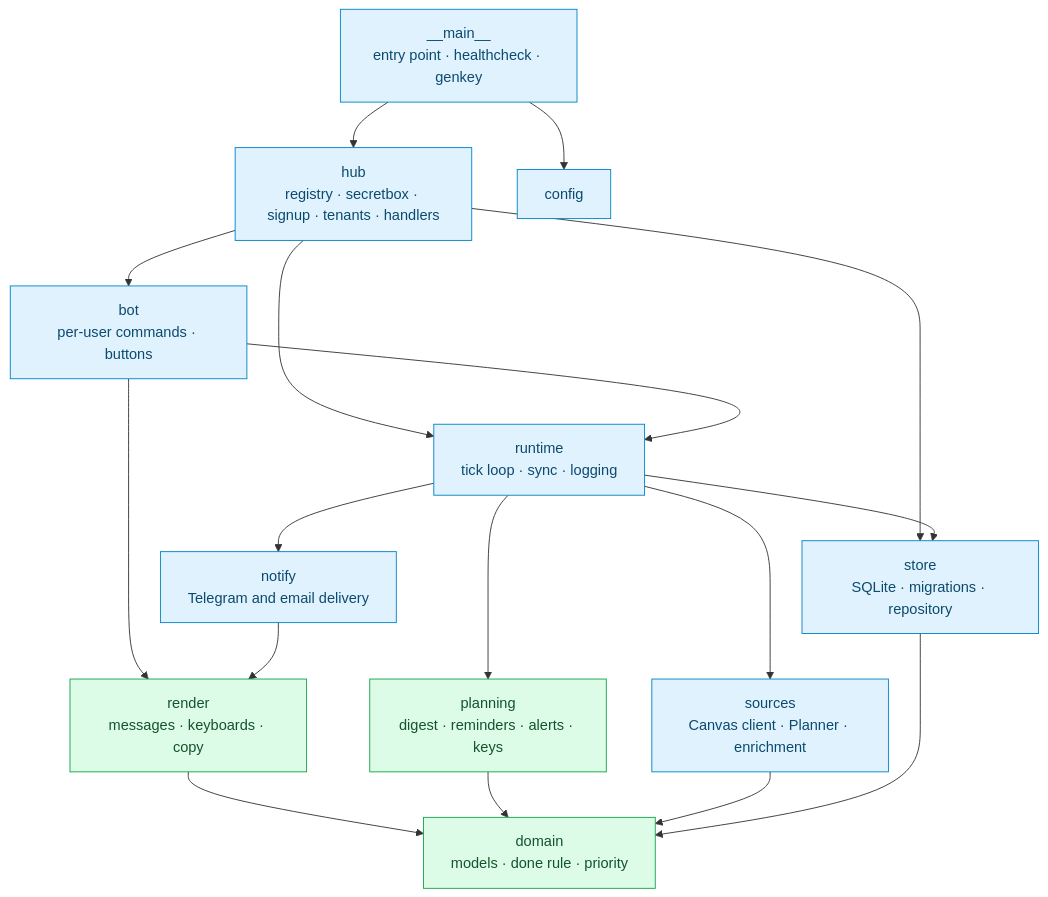
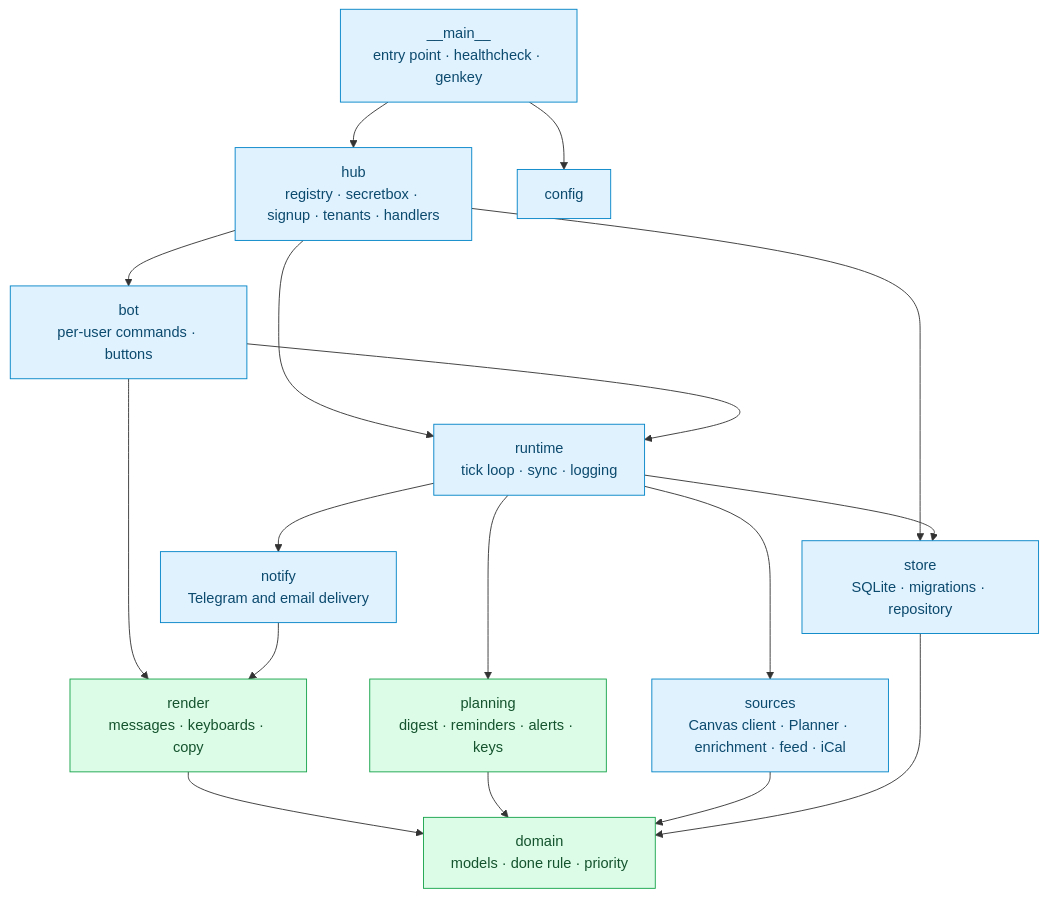
One commit to rmaytr/CanvasAssignmentTrackingBot changed the second of 8 diagrams in docs/architecture.md. Above: the diagram before and after it, drawn with Mermaid. The commit also changed other lines of this file and 8 other files, not shown here.

First line of the commit message:
docs: calendar-feed mode in the guides, README, architecture and security

````diff
--- a/docs/architecture.md
+++ b/docs/architecture.md
@@ -43,25 +44,25 @@
 ```mermaid
 flowchart TD
     main["__main__<br/>entry point · healthcheck · genkey"] --> hub
     main --> config
     hub["hub<br/>registry · secretbox · signup · tenants · handlers"] --> bot
     hub --> runtime
     hub --> store
     bot["bot<br/>per-user commands · buttons"] --> render
     bot --> runtime
     runtime["runtime<br/>tick loop · sync · logging"] --> planning
     runtime --> sources
     runtime --> notify
     runtime --> store
     notify["notify<br/>Telegram and email delivery"] --> render
     render["render<br/>messages · keyboards · copy"] --> domain
     planning["planning<br/>digest · reminders · alerts · keys"] --> domain
-    sources["sources<br/>Canvas client · Planner · enrichment"] --> domain
+    sources["sources<br/>Canvas client · Planner · enrichment · feed · iCal"] --> domain
     store["store<br/>SQLite · migrations · repository"] --> domain
     domain["domain<br/>models · done rule · priority"]
 
     classDef pure fill:#dcfce7,stroke:#16a34a,color:#14532d
     classDef io fill:#e0f2fe,stroke:#0284c7,color:#0c4a6e
     class domain,planning,render pure
     class sources,store,notify,runtime,bot,hub,main,config io
 ```
````
